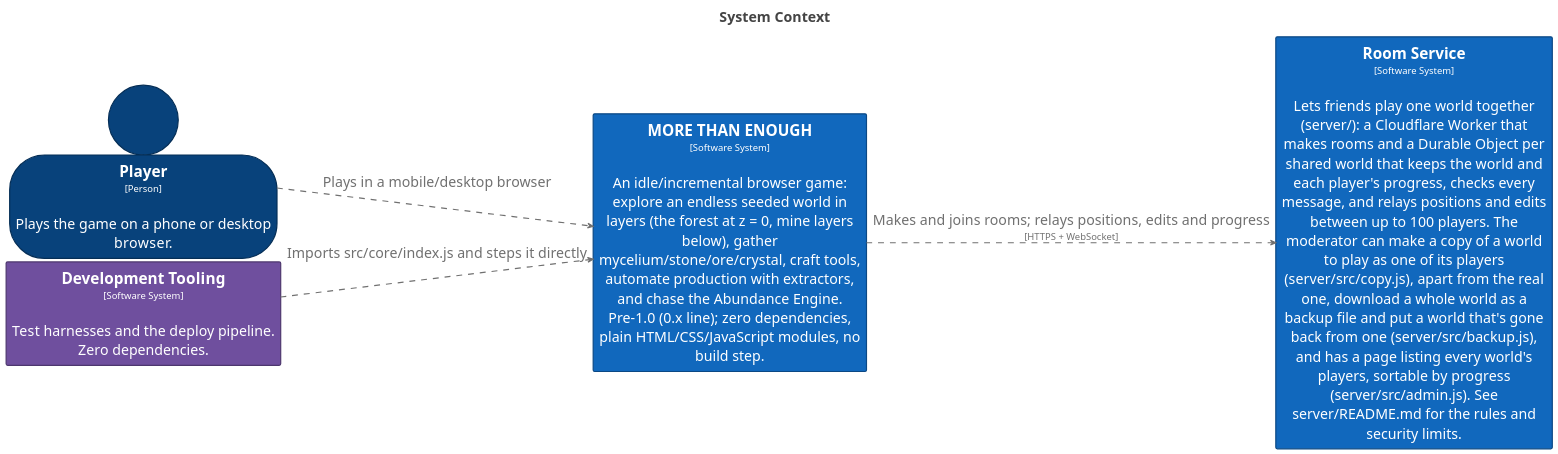
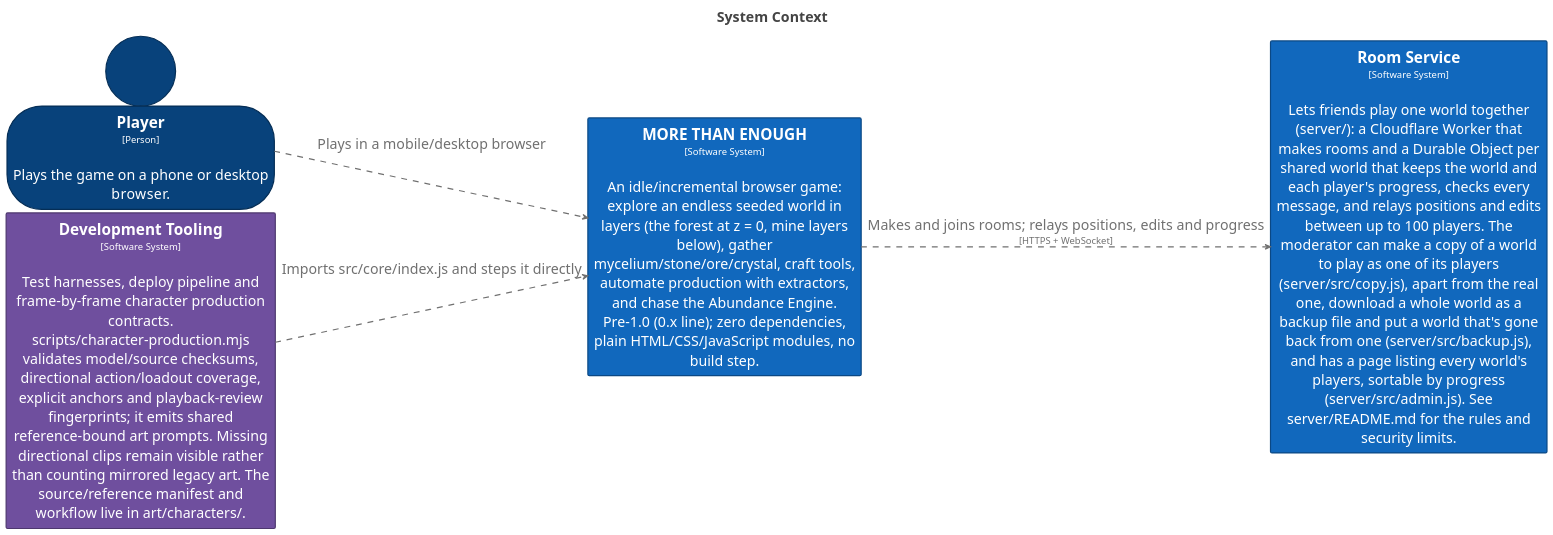
Before and after one commit to bitkojine/more-than-enough: the diagram in structurizr/diagrams/SystemContext.puml, drawn with PlantUML. The commit also changed 14 other files, not shown here.

Commit message:
Add a consistent eight-direction frame-by-frame art production system

```diff
--- a/structurizr/diagrams/SystemContext.puml
+++ b/structurizr/diagrams/SystemContext.puml
@@ -2,83 +2,83 @@
 @startuml
 title <size:24>System Context</size>
 
 set separator none
 left to right direction
 skinparam ranksep 20
 skinparam nodesep 5
 hide stereotype
 
 <style>
   root {
     BackgroundColor: #ffffff;
     FontColor: #444444;
   }
   // Element,Person
   .Element-RWxlbWVudCxQZXJzb24= {
     BackgroundColor: #08427b;
     LineColor: #052e56;
     LineStyle: 0;
     LineThickness: 2;
     FontColor: #ffffff;
     FontSize: 24;
     HorizontalAlignment: center;
     Shadowing: 0;
     MaximumWidth: 450;
   }
   // Element,Software System
   .Element-RWxlbWVudCxTb2Z0d2FyZSBTeXN0ZW0= {
     BackgroundColor: #1168bd;
     LineColor: #0b4884;
     LineStyle: 0;
     LineThickness: 2;
     FontColor: #ffffff;
     FontSize: 24;
     HorizontalAlignment: center;
     Shadowing: 0;
     MaximumWidth: 450;
   }
   // Element,Software System,Game
   .Element-RWxlbWVudCxTb2Z0d2FyZSBTeXN0ZW0sR2FtZQ== {
     BackgroundColor: #1168bd;
     LineColor: #0b4884;
     LineStyle: 0;
     LineThickness: 2;
     FontColor: #ffffff;
     FontSize: 24;
     HorizontalAlignment: center;
     Shadowing: 0;
     MaximumWidth: 450;
   }
   // Element,Software System,Tooling
   .Element-RWxlbWVudCxTb2Z0d2FyZSBTeXN0ZW0sVG9vbGluZw== {
     BackgroundColor: #6f4f9e;
     LineColor: #4d376e;
     LineStyle: 0;
     LineThickness: 2;
     FontColor: #ffffff;
     FontSize: 24;
     HorizontalAlignment: center;
     Shadowing: 0;
     MaximumWidth: 450;
   }
   // Relationship
   .Relationship-UmVsYXRpb25zaGlw {
     LineThickness: 2;
     LineStyle: 10-10;
     LineColor: #707070;
     FontColor: #707070;
     FontSize: 24;
     MaximumWidth: 200;
   }
 </style>
 
 person "==Player\n<size:16>[Person]</size>\n\nPlays the game on a phone or desktop browser." <<Element-RWxlbWVudCxQZXJzb24=>> as Player
 rectangle "==MORE THAN ENOUGH\n<size:16>[Software System]</size>\n\nAn idle/incremental browser game: explore an endless seeded world in layers (the forest at z = 0, mine layers below), gather mycelium/stone/ore/crystal, craft tools, automate production with extractors, and chase the Abundance Engine. Pre-1.0 (0.x line); zero dependencies, plain HTML/CSS/JavaScript modules, no build step." <<Element-RWxlbWVudCxTb2Z0d2FyZSBTeXN0ZW0sR2FtZQ==>> as MORETHANENOUGH
 rectangle "==Room Service\n<size:16>[Software System]</size>\n\nLets friends play one world together (server/): a Cloudflare Worker that makes rooms and a Durable Object per shared world that keeps the world and each player's progress, checks every message, and relays positions and edits between up to 100 players. The moderator can make a copy of a world to play as one of its players (server/src/copy.js), apart from the real one, download a whole world as a backup file and put a world that's gone back from one (server/src/backup.js), and has a page listing every world's players, sortable by progress (server/src/admin.js). See server/README.md for the rules and security limits." <<Element-RWxlbWVudCxTb2Z0d2FyZSBTeXN0ZW0=>> as RoomService
-rectangle "==Development Tooling\n<size:16>[Software System]</size>\n\nTest harnesses and the deploy pipeline. Zero dependencies." <<Element-RWxlbWVudCxTb2Z0d2FyZSBTeXN0ZW0sVG9vbGluZw==>> as DevelopmentTooling
+rectangle "==Development Tooling\n<size:16>[Software System]</size>\n\nTest harnesses, deploy pipeline and frame-by-frame character production contracts. scripts/character-production.mjs validates model/source checksums, directional action/loadout coverage, explicit anchors and playback-review fingerprints; it emits shared reference-bound art prompts. Missing directional clips remain visible rather than counting mirrored legacy art. The source/reference manifest and workflow live in art/characters/." <<Element-RWxlbWVudCxTb2Z0d2FyZSBTeXN0ZW0sVG9vbGluZw==>> as DevelopmentTooling
 
 Player --> MORETHANENOUGH <<Relationship-UmVsYXRpb25zaGlw>> : "Plays in a mobile/desktop browser"
 MORETHANENOUGH --> RoomService <<Relationship-UmVsYXRpb25zaGlw>> : "Makes and joins rooms; relays positions, edits and progress\n<size:16>[HTTPS + WebSocket]</size>"
 DevelopmentTooling --> MORETHANENOUGH <<Relationship-UmVsYXRpb25zaGlw>> : "Imports src/core/index.js and steps it directly"
 
 @enduml
```
